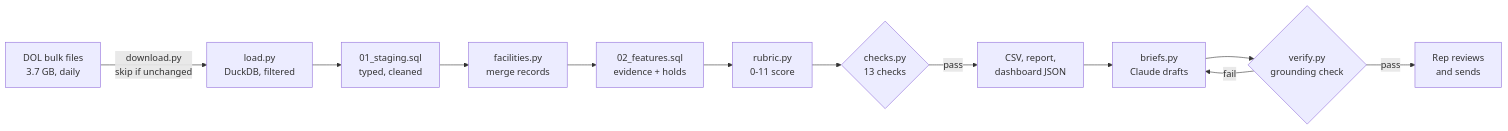
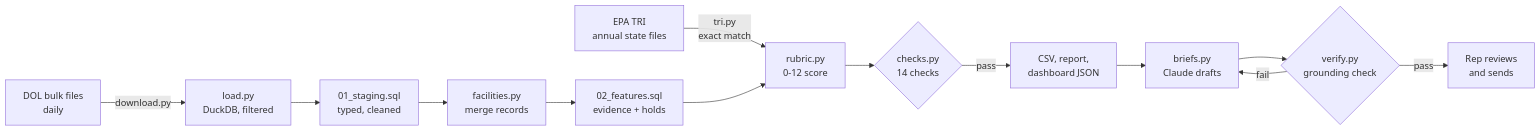
The diagram in README.md (Dipzinski/HockerAI), drawn with Mermaid before and after one commit. The commit also changed other lines of this file, not shown here.

Commit message:
Update the README for the ten-state scope and TRI point

````diff
--- a/README.md
+++ b/README.md
@@ -32,14 +36,15 @@
 ```mermaid
 flowchart LR
-    A[DOL bulk files<br/>3.7 GB, daily] -->|download.py<br/>skip if unchanged| B[load.py<br/>DuckDB, filtered]
+    A[DOL bulk files<br/>daily] -->|download.py| B[load.py<br/>DuckDB, filtered]
+    T[EPA TRI<br/>annual state files] -->|tri.py<br/>exact match| F
     B --> C[01_staging.sql<br/>typed, cleaned]
     C --> D[facilities.py<br/>merge records]
     D --> E[02_features.sql<br/>evidence + holds]
-    E --> F[rubric.py<br/>0-11 score]
-    F --> G{checks.py<br/>13 checks}
+    E --> F[rubric.py<br/>0-12 score]
+    F --> G{checks.py<br/>14 checks}
     G -->|pass| H[CSV, report,<br/>dashboard JSON]
     H --> I[briefs.py<br/>Claude drafts]
     I --> J{verify.py<br/>grounding check}
     J -->|fail| I
     J -->|pass| K[Rep reviews<br/>and sends]
 ```
````
